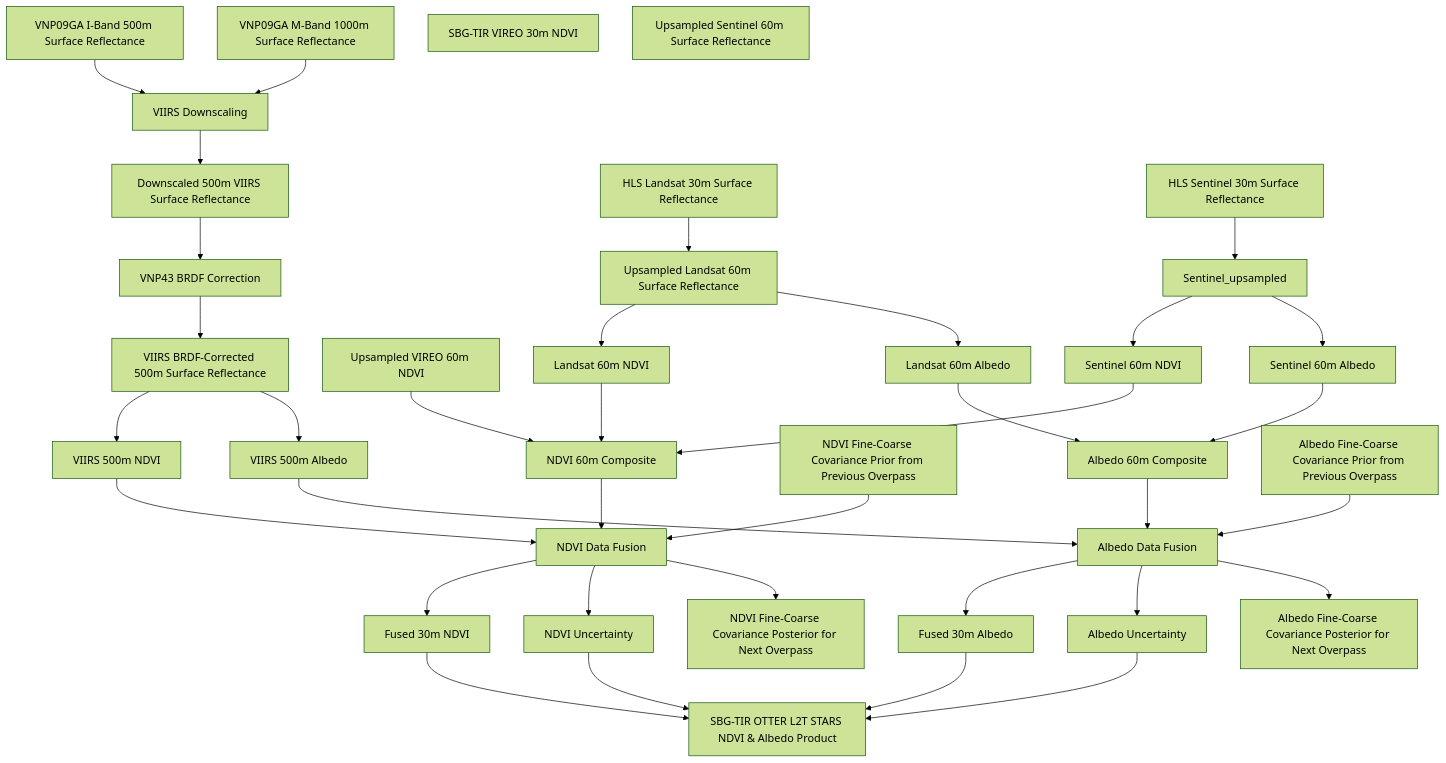
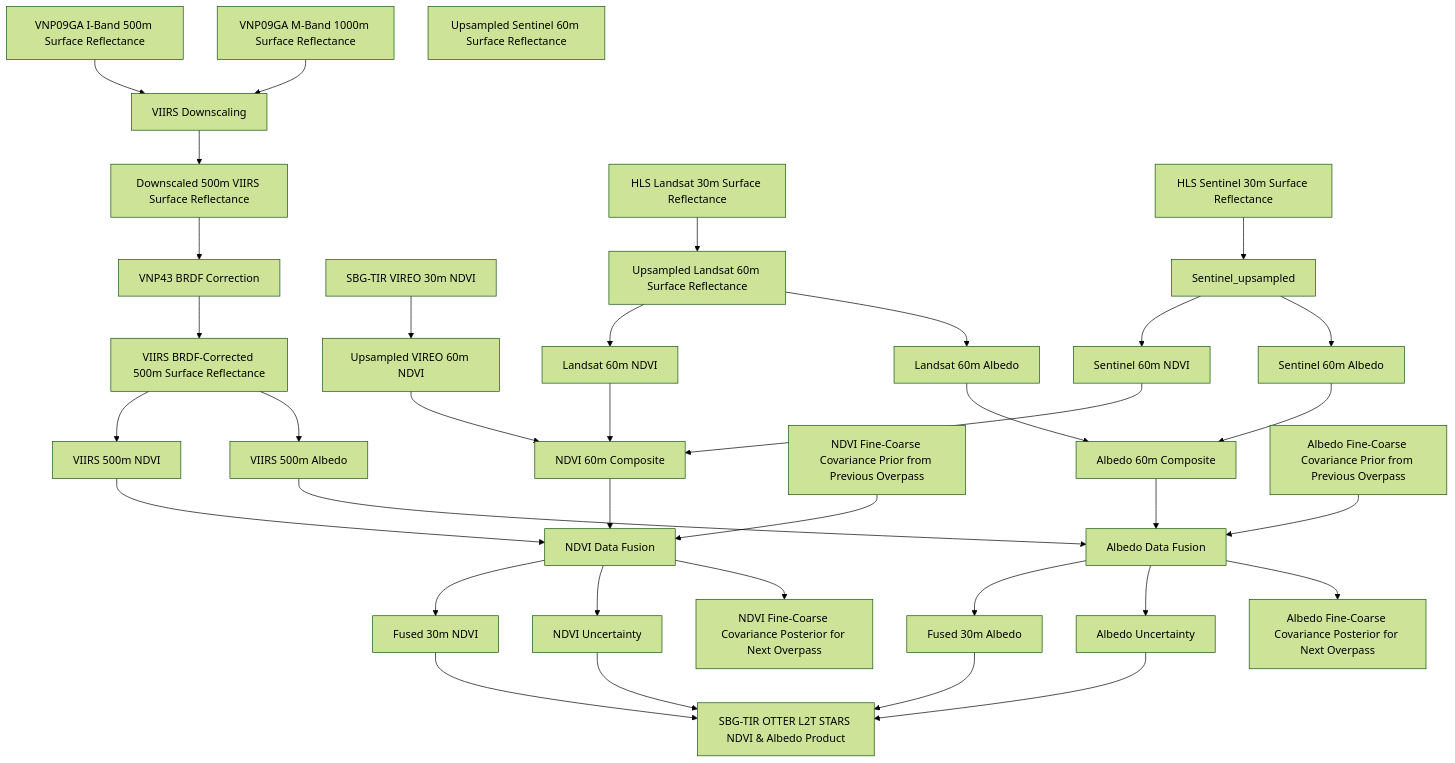
The diagram in README.md (sbg-tir/SBG-TIR-L2-STARS), drawn with Mermaid (forest theme) before and after one commit.

````diff
--- a/README.md
+++ b/README.md
@@ -61,78 +61,80 @@
 ```mermaid
 flowchart TB
     VNP09GA_I[VNP09GA I-Band 500m Surface Reflectance]
     VNP09GA_M[VNP09GA M-Band 1000m Surface Reflectance]
     VIIRS_downscaling[VIIRS Downscaling]
     VNP09GA_downscaled[Downscaled 500m VIIRS Surface Reflectance]
     VNP43_BRDF[VNP43 BRDF Correction]
     VIIRS_corrected[VIIRS BRDF-Corrected 500m Surface Reflectance]
     VIIRS_NDVI[VIIRS 500m NDVI]
     VIIRS_albedo[VIIRS 500m Albedo]
+
     VIREO_NDVI[SBG-TIR VIREO 30m NDVI]
     VIREO_upsampled[Upsampled VIREO 60m NDVI]
 
     Landsat_reflectance[HLS Landsat 30m Surface Reflectance]
     Landsat_upsampled[Upsampled Landsat 60m Surface Reflectance]
     Landsat_NDVI[Landsat 60m NDVI]
     Sentinel_reflectance[HLS Sentinel 30m Surface Reflectance]
     Sentenel_upsampled[Upsampled Sentinel 60m Surface Reflectance]
     Sentinel_NDVI[Sentinel 60m NDVI]
     fine_NDVI_input[NDVI 60m Composite]
     NDVI_covariance_prior[NDVI Fine-Coarse Covariance Prior from Previous Overpass]
     NDVI_covariance_posterior[NDVI Fine-Coarse Covariance Posterior for Next Overpass]
     NDVI_data_fusion[NDVI Data Fusion]
     fine_NDVI_output[Fused 30m NDVI]
     fine_NDVI_uncertainty[NDVI Uncertainty]
 
     Landsat_albedo[Landsat 60m Albedo]
     Sentinel_albedo[Sentinel 60m Albedo]
     fine_albedo_input[Albedo 60m Composite]
     albedo_covariance_prior[Albedo Fine-Coarse Covariance Prior from Previous Overpass]
     albedo_covariance_posterior[Albedo Fine-Coarse Covariance Posterior for Next Overpass]
     albedo_data_fusion[Albedo Data Fusion]
     fine_albedo_output[Fused 30m Albedo]
     fine_albedo_uncertainty[Albedo Uncertainty]
 
     SBG_L2T_STARS[SBG-TIR OTTER L2T STARS NDVI & Albedo Product]
     
     VNP09GA_I --> VIIRS_downscaling
     VNP09GA_M --> VIIRS_downscaling
     VIIRS_downscaling --> VNP09GA_downscaled
     VNP09GA_downscaled --> VNP43_BRDF
     VNP43_BRDF --> VIIRS_corrected
     VIIRS_corrected --> VIIRS_NDVI
     VIIRS_corrected --> VIIRS_albedo
 
+    VIREO_NDVI --> VIREO_upsampled
     Landsat_reflectance --> Landsat_upsampled
     Sentinel_reflectance --> Sentinel_upsampled
 
     Landsat_upsampled --> Landsat_NDVI
     Sentinel_upsampled --> Sentinel_NDVI
 
     Landsat_upsampled --> Landsat_albedo
     Sentinel_upsampled --> Sentinel_albedo
 
     VIREO_upsampled --> fine_NDVI_input
     Landsat_NDVI --> fine_NDVI_input
     Sentinel_NDVI --> fine_NDVI_input
     fine_NDVI_input --> NDVI_data_fusion
     VIIRS_NDVI --> NDVI_data_fusion
     NDVI_covariance_prior --> NDVI_data_fusion
     NDVI_data_fusion --> fine_NDVI_output
     NDVI_data_fusion --> fine_NDVI_uncertainty
     NDVI_data_fusion --> NDVI_covariance_posterior
 
     Landsat_albedo --> fine_albedo_input
     Sentinel_albedo --> fine_albedo_input
     fine_albedo_input --> albedo_data_fusion
     VIIRS_albedo --> albedo_data_fusion
     albedo_covariance_prior --> albedo_data_fusion
     albedo_data_fusion --> fine_albedo_output
     albedo_data_fusion --> fine_albedo_uncertainty
     albedo_data_fusion --> albedo_covariance_posterior
 
     fine_NDVI_output --> SBG_L2T_STARS
     fine_NDVI_uncertainty --> SBG_L2T_STARS
     fine_albedo_output --> SBG_L2T_STARS
     fine_albedo_uncertainty --> SBG_L2T_STARS
 ```
````
